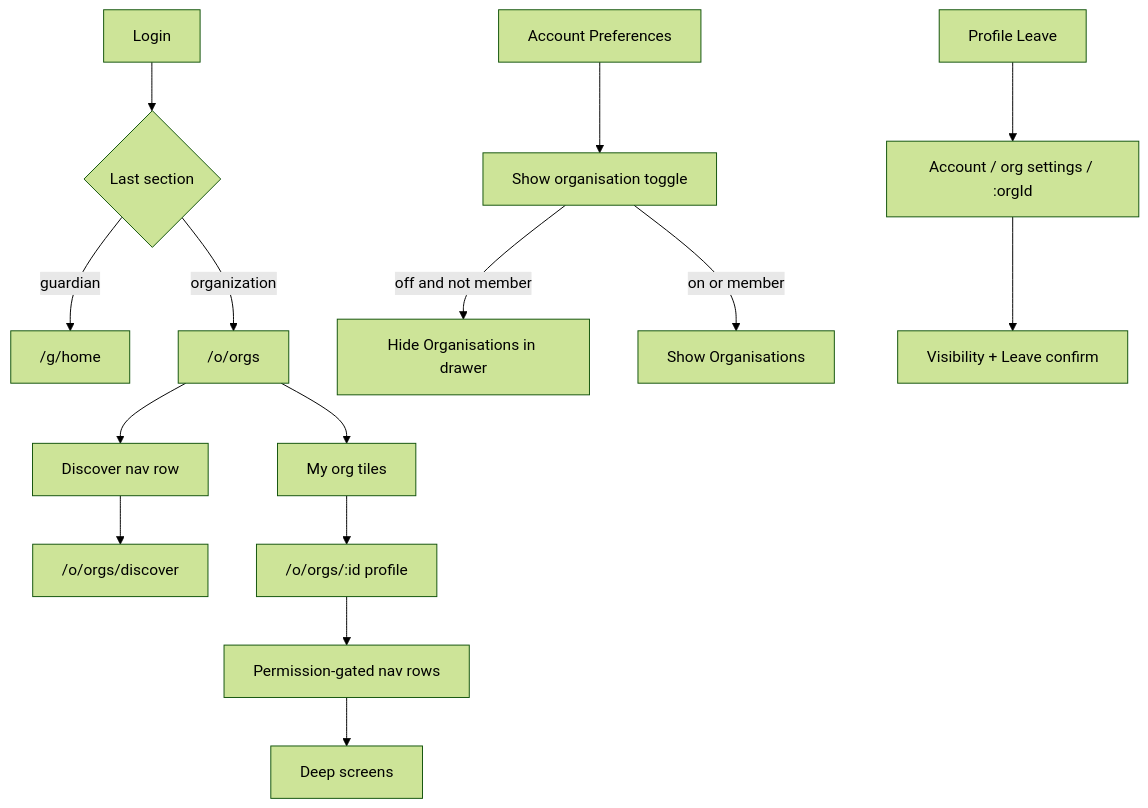
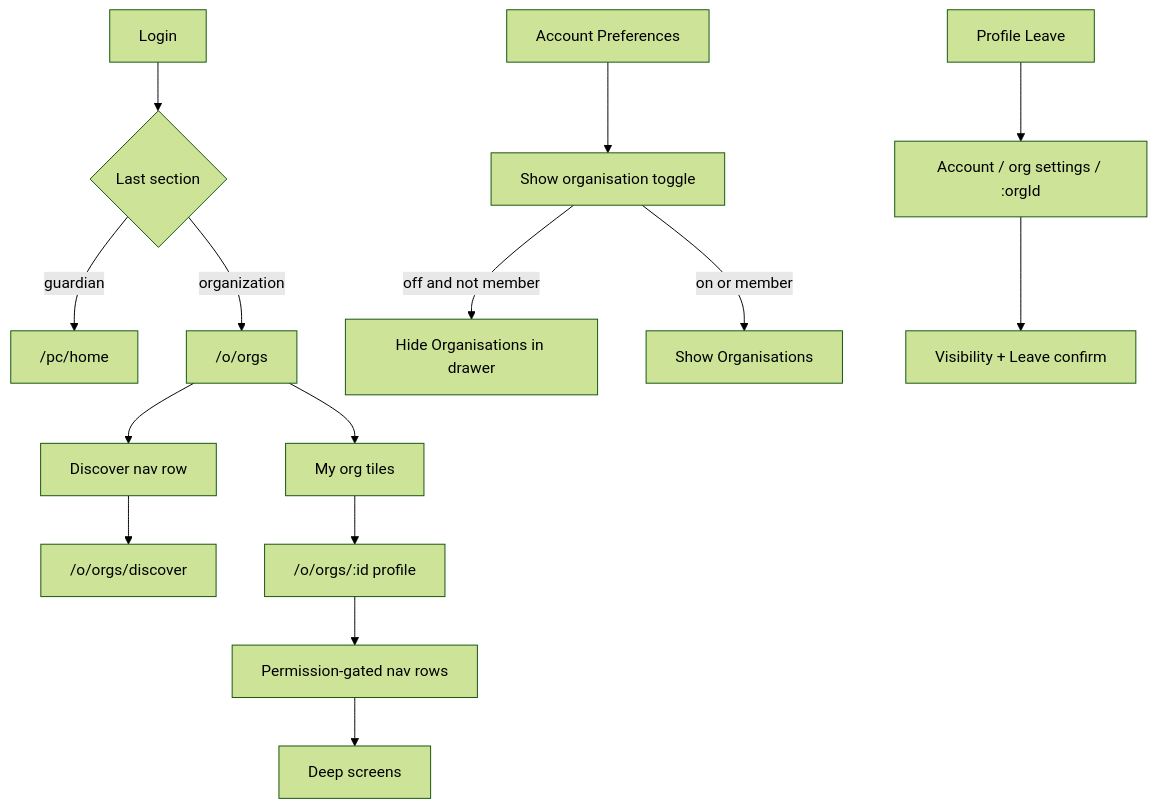
Before and after one commit to KanopeeKa/AgathaCheck: the diagram in docs/domains/shelter/changes/organisation-ux-v3-delivery-plan.md, drawn with Mermaid (forest theme). The commit also changed other lines of this file and 63 other files, not shown here.

````diff
--- a/docs/domains/shelter/changes/organisation-ux-v3-delivery-plan.md
+++ b/docs/domains/shelter/changes/organisation-ux-v3-delivery-plan.md
@@ -87,17 +87,17 @@
 ```mermaid
 flowchart TD
   Login[Login] --> LastSec{Last section}
-  LastSec -->|guardian| GHome["/g/home"]
+  LastSec -->|guardian| GHome["/pc/home"]
   LastSec -->|organization| ODash["/o/orgs"]
   Acc[Account Preferences] --> ShowOrg[Show organisation toggle]
   ShowOrg -->|off and not member| HideDrawer[Hide Organisations in drawer]
   ShowOrg -->|on or member| ShowDrawer[Show Organisations]
   ODash --> MyOrgs[My org tiles]
   ODash --> DiscRow[Discover nav row]
   DiscRow --> Disc["/o/orgs/discover"]
   MyOrgs --> Profile["/o/orgs/:id profile"]
   Profile --> NavRows[Permission-gated nav rows]
   NavRows --> Deep[Deep screens]
   Leave[Profile Leave] --> AccOrg["Account / org settings / :orgId"]
   AccOrg --> Privacy[Visibility + Leave confirm]
 ```
````
